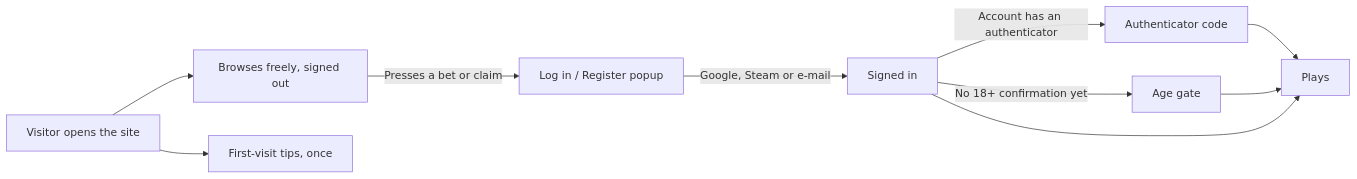
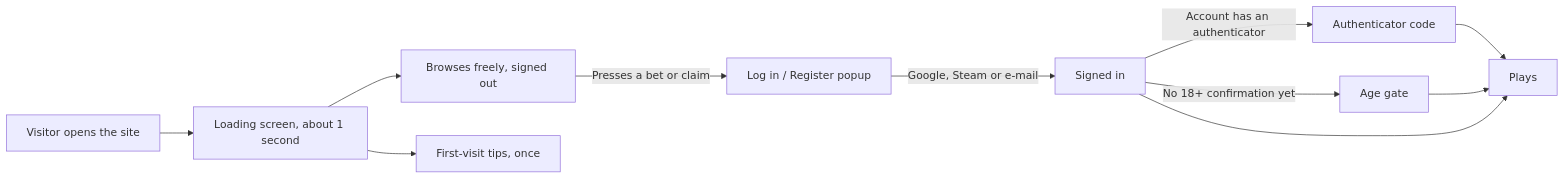
Before and after one commit to Gr0wTwix/vaultrush: the diagram in docs/APP-FLOW.md, drawn with Mermaid. The commit also changed 48 other files, not shown here.

First line of the commit message:
Brand kit and loading screen

````diff
--- a/docs/APP-FLOW.md
+++ b/docs/APP-FLOW.md
@@ -34,12 +34,13 @@
 ```mermaid
 flowchart LR
-  A[Visitor opens the site] --> B[Browses freely, signed out]
-  A --> T[First-visit tips, once]
+  A[Visitor opens the site] --> L[Loading screen, about 1 second]
+  L --> B[Browses freely, signed out]
+  L --> T[First-visit tips, once]
   B -->|Presses a bet or claim| C[Log in / Register popup]
   C -->|Google, Steam or e-mail| D[Signed in]
   D -->|Account has an authenticator| G[Authenticator code]
   G --> F
   D -->|No 18+ confirmation yet| E[Age gate]
   E --> F[Plays]
   D --> F
 ```
````
